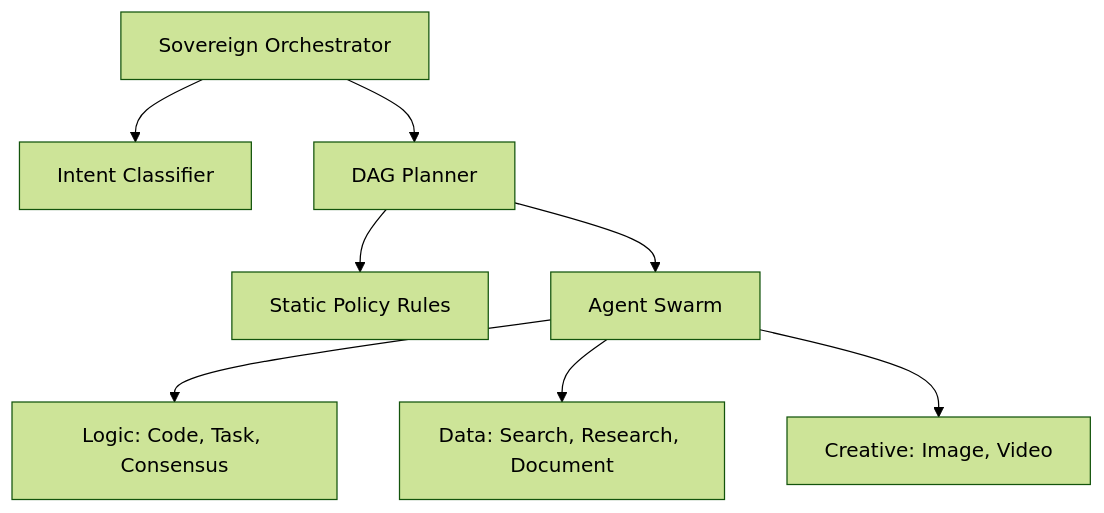
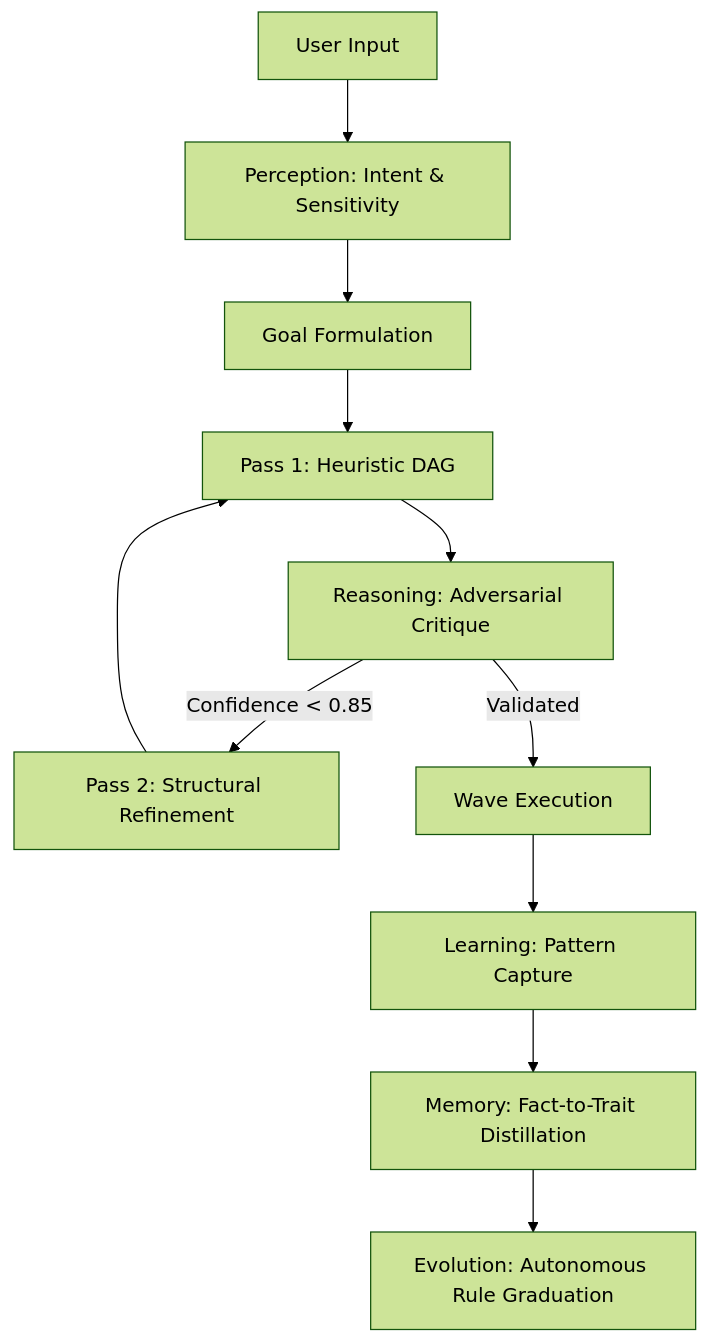
The second of 12 diagrams in README.md (Blackdrg/levi-ai-innovate), drawn with Mermaid (forest theme) before and after one commit. The commit also changed other lines of this file and 34 other files, not shown here.

Commit message:
feat: finalize production documentation and architectural hardening

````diff
--- a/README.md
+++ b/README.md
@@ -411,10 +106,13 @@
 ```mermaid
 graph TD
-    Orchestrator[Sovereign Orchestrator] --> Intent[Intent Classifier]
-    Orchestrator --> Planner[DAG Planner]
-    Planner --> Policy[Static Policy Rules]
-    Planner --> Swarm[Agent Swarm]
-    Swarm --> Logic[Logic: Code, Task, Consensus]
-    Swarm --> Data[Data: Search, Research, Document]
-    Swarm --> Creative[Creative: Image, Video]
+    Input[User Input] --> Perc[Perception: Intent & Sensitivity]
+    Perc --> Goal[Goal Formulation]
+    Goal --> Plan[Pass 1: Heuristic DAG]
+    Plan --> Critique[Reasoning: Adversarial Critique]
+    Critique -- Confidence < 0.85 --> Refine[Pass 2: Structural Refinement]
+    Refine --> Plan
+    Critique -- Validated --> Exec[Wave Execution]
+    Exec --> Learn[Learning: Pattern Capture]
+    Learn --> Crystallize[Memory: Fact-to-Trait Distillation]
+    Crystallize --> Evolution[Evolution: Autonomous Rule Graduation]
 ```
````
